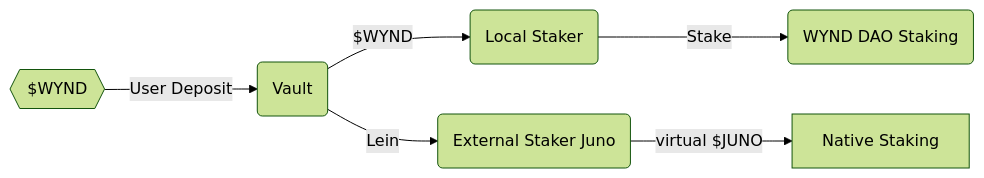
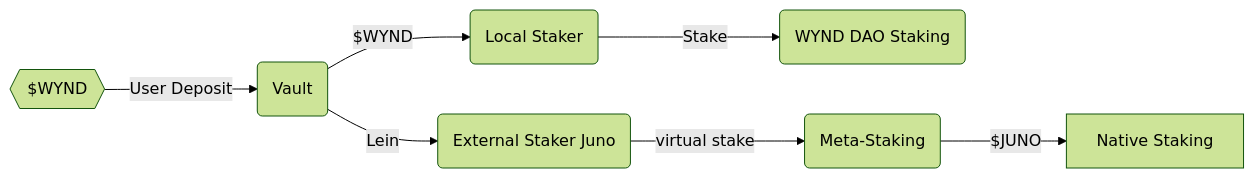
Before and after one commit to CosmWasm/mesh-security-hackathon: the third of 3 diagrams in docs/provider/Provider.md, drawn with Mermaid. The commit also changed other lines of this file and 1 other file, not shown here.

````diff
--- a/docs/provider/Provider.md
+++ b/docs/provider/Provider.md
@@ -157,9 +157,10 @@
 ```mermaid
 flowchart LR
   %%{init: {'theme': 'forest'}}%%
   A{{$WYND}} -- User Deposit --> B(Vault);
   B -- $WYND --> C(Local Staker);
   C -- Stake --> D(WYND DAO Staking)
   B -- Lein --> E(External Staker Juno);
-  E -- virtual $JUNO --> F[Native Staking];
+  E -- virtual stake --> F(Meta-Staking);
+  F -- $JUNO --> G[Native Staking];
 ```
````
